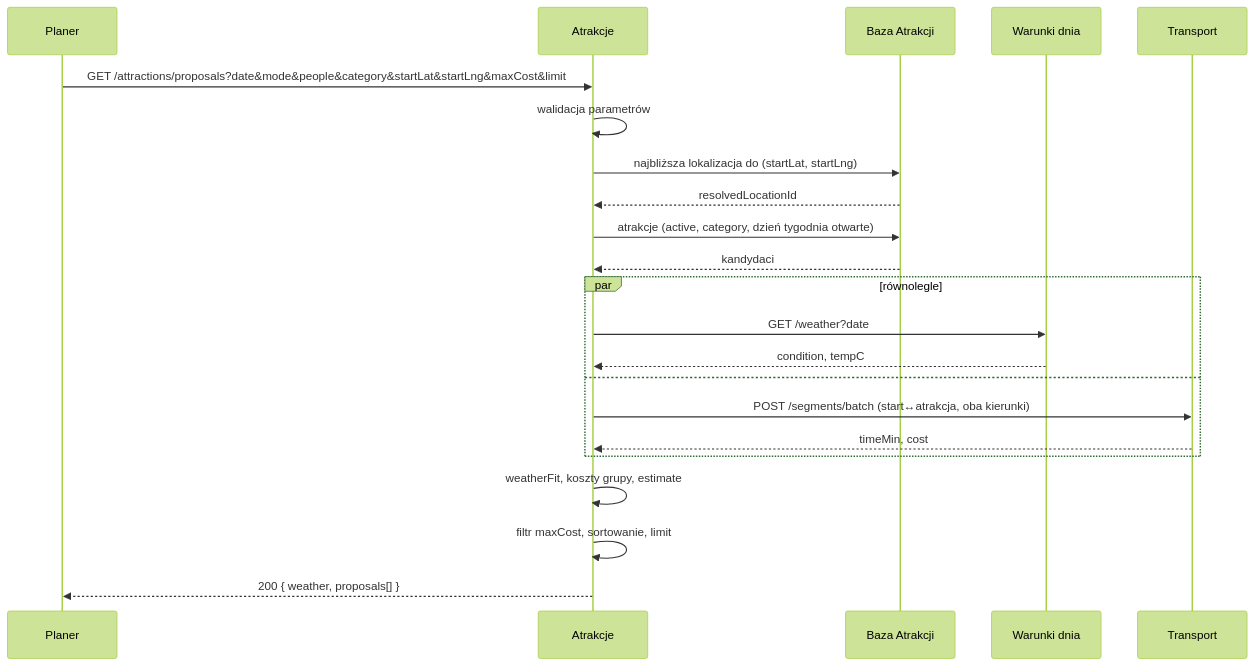
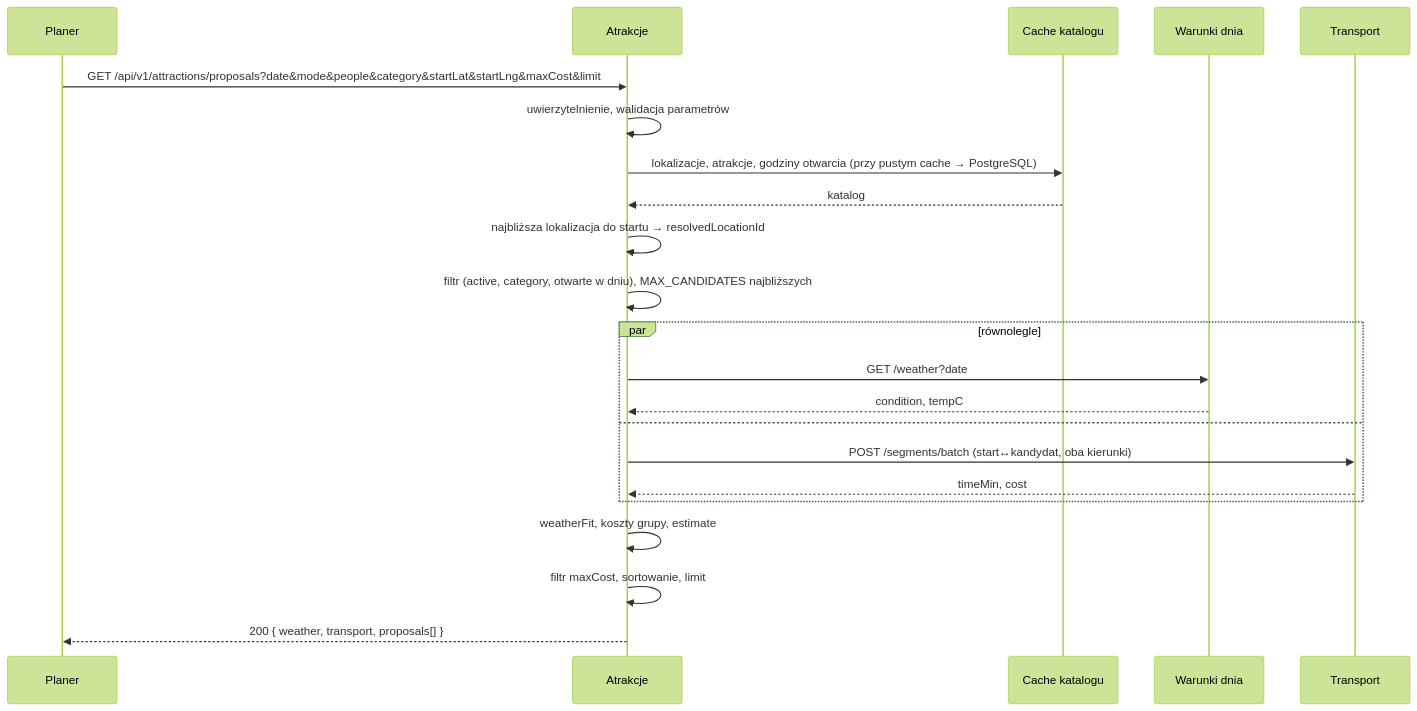
The second of 4 diagrams in architecture.md (Wojtek7707/Atrakcje---Projektowanie-skalowalnych-system-w-obiektowych), drawn with Mermaid (forest theme) before and after one commit. The commit also changed other lines of this file and 3 other files, not shown here.

First line of the commit message:
docs: align AGENTS.md, architecture and README with Spring/Postgres stack

````diff
--- a/architecture.md
+++ b/architecture.md
@@ -218,25 +241,25 @@
 ```mermaid
 sequenceDiagram
     participant P as Planer
     participant A as Atrakcje
-    participant DB as Baza Atrakcji
+    participant C as Cache katalogu
     participant W as Warunki dnia
     participant T as Transport
 
-    P->>A: GET /attractions/proposals?date&mode&people&category&startLat&startLng&maxCost&limit
-    A->>A: walidacja parametrów
-    A->>DB: najbliższa lokalizacja do (startLat, startLng)
-    DB-->>A: resolvedLocationId
-    A->>DB: atrakcje (active, category, dzień tygodnia otwarte)
-    DB-->>A: kandydaci
+    P->>A: GET /api/v1/attractions/proposals?date&mode&people&category&startLat&startLng&maxCost&limit
+    A->>A: uwierzytelnienie, walidacja parametrów
+    A->>C: lokalizacje, atrakcje, godziny otwarcia (przy pustym cache → PostgreSQL)
+    C-->>A: katalog
+    A->>A: najbliższa lokalizacja do startu → resolvedLocationId
+    A->>A: filtr (active, category, otwarte w dniu), MAX_CANDIDATES najbliższych
     par równolegle
         A->>W: GET /weather?date
         W-->>A: condition, tempC
     and
-        A->>T: POST /segments/batch (start↔atrakcja, oba kierunki)
+        A->>T: POST /segments/batch (start↔kandydat, oba kierunki)
         T-->>A: timeMin, cost
     end
     A->>A: weatherFit, koszty grupy, estimate
     A->>A: filtr maxCost, sortowanie, limit
-    A-->>P: 200 { weather, proposals[] }
+    A-->>P: 200 { weather, transport, proposals[] }
 ```
````
